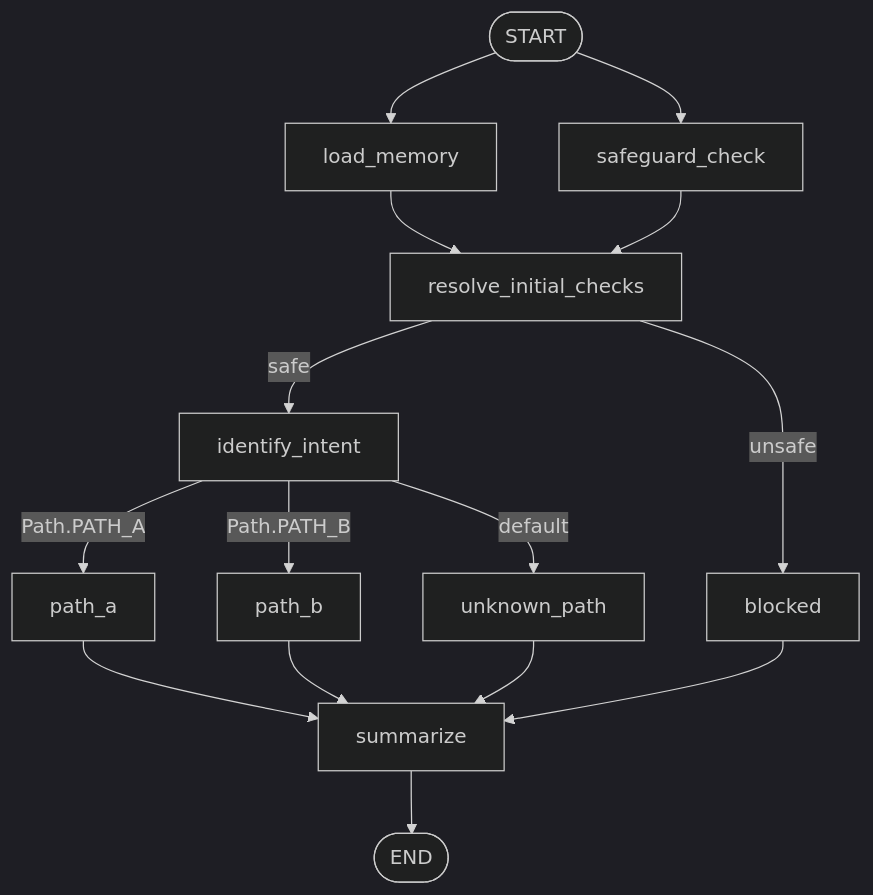
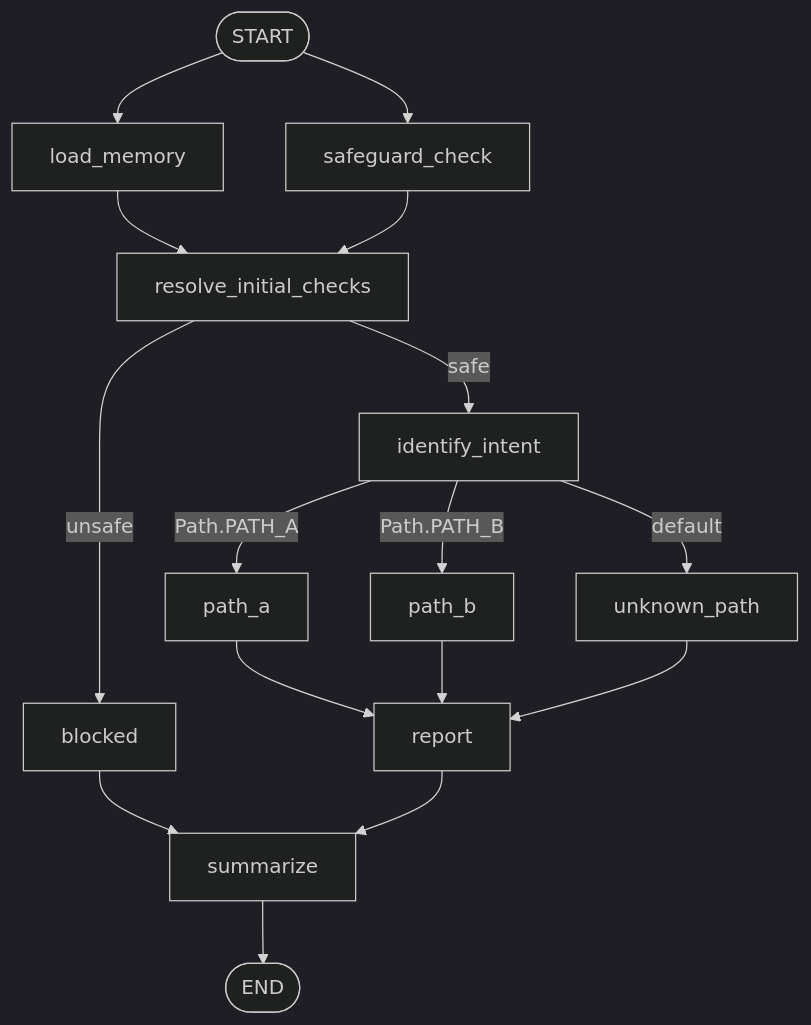
Before and after one commit to EduardoFLima/langgraph-api: the diagram in README.md, drawn with Mermaid (dark theme). The commit also changed other lines of this file, not shown here.

````diff
--- a/README.md
+++ b/README.md
@@ -108,22 +114,24 @@
 ```mermaid
 flowchart TD
     START([START]) --> load_memory[load_memory]
     START --> safeguard_check[safeguard_check]
 
     load_memory --> resolve_initial_checks[resolve_initial_checks]
     safeguard_check --> resolve_initial_checks
 
     resolve_initial_checks -->|safe| identify_intent[identify_intent]
     resolve_initial_checks -->|unsafe| blocked[blocked]
 
     identify_intent -->|Path.PATH_A| path_a[path_a]
     identify_intent -->|Path.PATH_B| path_b[path_b]
     identify_intent -->|default| unknown_path[unknown_path]
 
-    path_a --> summarize[summarize]
-    path_b --> summarize
-    unknown_path --> summarize
-    blocked --> summarize
+    path_a --> report[report]
+    path_b --> report
+    unknown_path --> report
+    blocked --> summarize[summarize]
+
+    report --> summarize
 
     summarize --> END([END])
 ```
````
